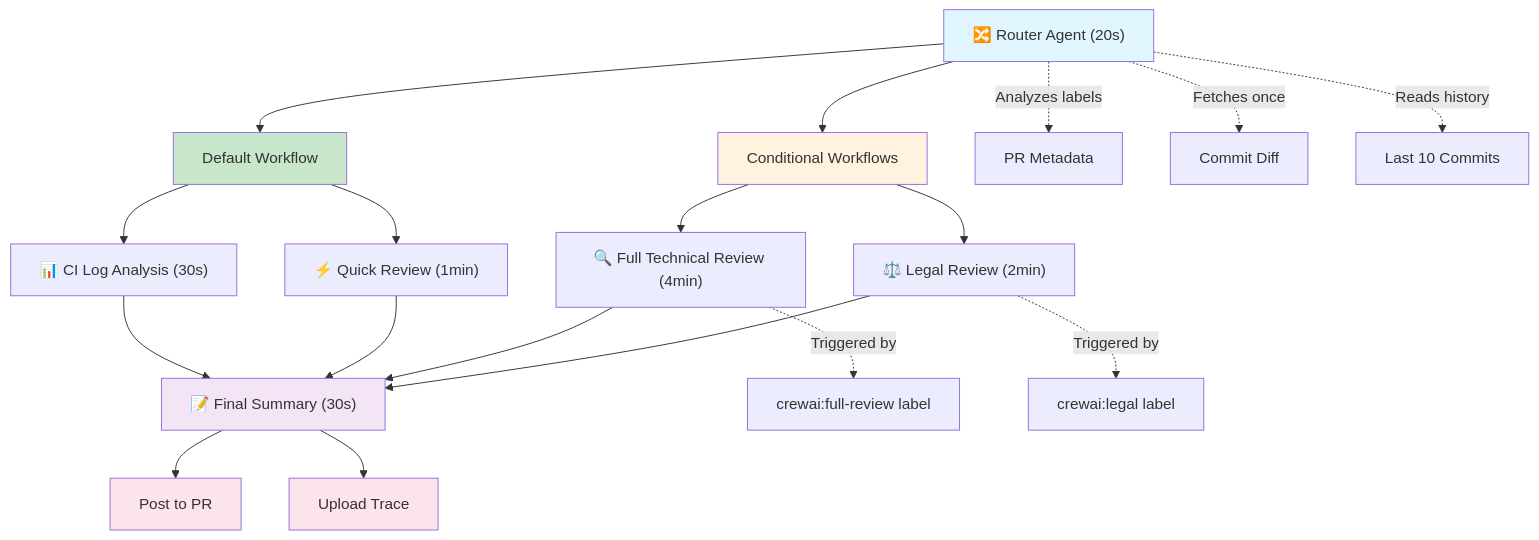
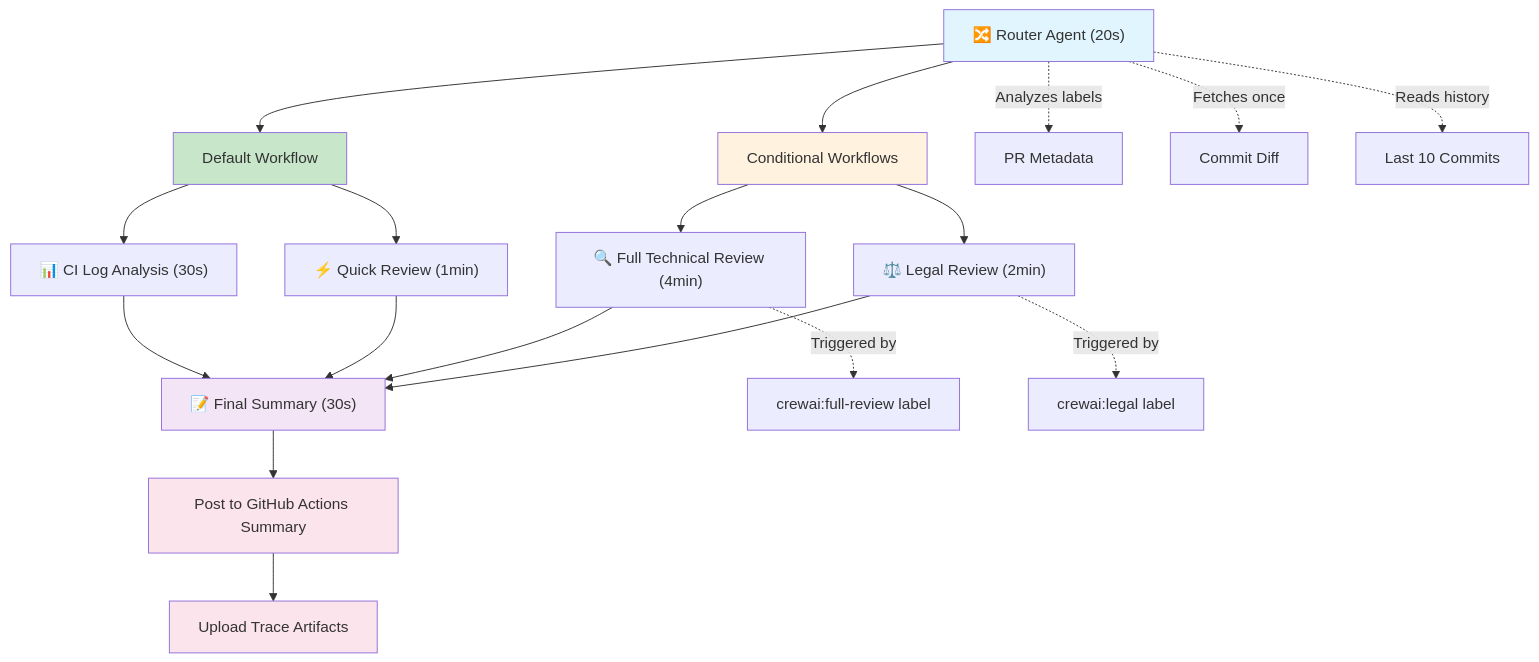
One commit to borealBytes/startup-blueprint changed the first of 3 diagrams in .crewai/README_ROUTER.md. Above: the diagram before and after it, drawn with Mermaid. The commit also changed other lines of this file, not shown here.

First line of the commit message:
docs(crewai): update diagrams to show GitHub Actions summary only

````diff
--- a/.crewai/README_ROUTER.md
+++ b/.crewai/README_ROUTER.md
@@ -25,33 +26,33 @@
 ```mermaid
 graph TD
     A["🔀 Router Agent (20s)"] --> B["Default Workflow"]
     A --> C["Conditional Workflows"]
-
+    
     B --> B1["📊 CI Log Analysis (30s)"]
     B --> B2["⚡ Quick Review (1min)"]
-
+    
     C --> C1["🔍 Full Technical Review (4min)"]
     C --> C2["⚖️ Legal Review (2min)"]
-
+    
     B1 --> D["📝 Final Summary (30s)"]
     B2 --> D
     C1 --> D
     C2 --> D
-
-    D --> E1["Post to PR"]
-    D --> E2["Upload Trace"]
-
+    
+    D --> E["Post to GitHub Actions Summary"]
+    E --> F["Upload Trace Artifacts"]
+    
     A -."Analyzes labels".-> A1["PR Metadata"]
     A -."Fetches once".-> A2["Commit Diff"]
     A -."Reads history".-> A3["Last 10 Commits"]
-
+    
     C1 -."Triggered by".-> L1["crewai:full-review label"]
     C2 -."Triggered by".-> L2["crewai:legal label"]
-
+    
     style A fill:#e1f5ff
     style B fill:#c8e6c9
     style C fill:#fff3e0
     style D fill:#f3e5f5
-    style E1 fill:#fce4ec
-    style E2 fill:#fce4ec
+    style E fill:#fce4ec
+    style F fill:#fce4ec
 ```
````
